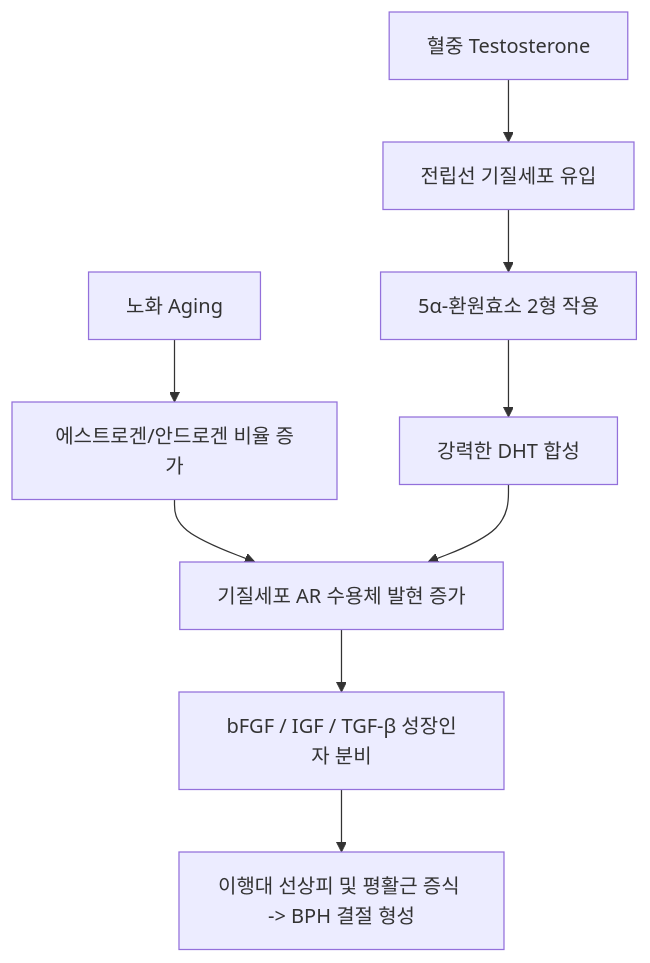
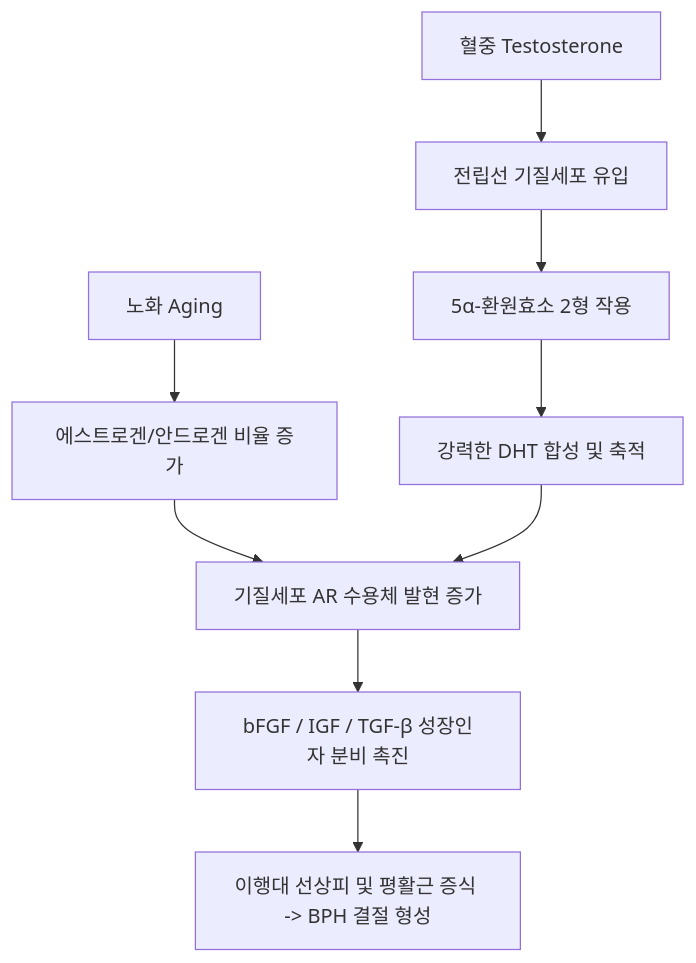
One commit to simbio11/simbio-digital-garden2 changed the first of 2 diagrams in content/5. 독서, 노트/독서/네터해부학/Vol1_생식기계/Day04_정낭_전립선_해부병리_수술학.md. Above: the diagram before and after it, drawn with Mermaid. The commit also changed other lines of this file and 7 other files, not shown here.

````diff
--- a/content/5. 독서, 노트/독서/네터해부학/Vol1_생식기계/Day04_정낭_전립선_해부병리_수술학.md
+++ b/content/5. 독서, 노트/독서/네터해부학/Vol1_생식기계/Day04_정낭_전립선_해부병리_수술학.md
@@ -178,12 +342,12 @@
 ```mermaid
 graph TD
  Aging[노화 Aging] --> HighEstrogen[에스트로겐/안드로겐 비율 증가]
  HighEstrogen --> UpAR[기질세포 AR 수용체 발현 증가]
  
  Testo[혈중 Testosterone] --> Stromal[전립선 기질세포 유입]
  Stromal --> 5AR[5α-환원효소 2형 작용]
- 5AR --> DHT[강력한 DHT 합성]
+ 5AR --> DHT[강력한 DHT 합성 및 축적]
  DHT --> UpAR
- UpAR --> FGF[bFGF / IGF / TGF-β 성장인자 분비]
+ UpAR --> FGF[bFGF / IGF / TGF-β 성장인자 분비 촉진]
  FGF --> Hyperplasia[이행대 선상피 및 평활근 증식 -> BPH 결절 형성]
 ```
````
